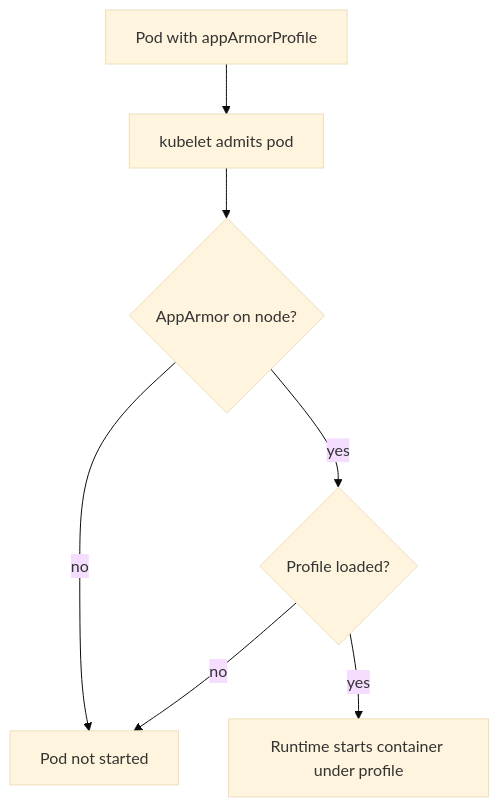
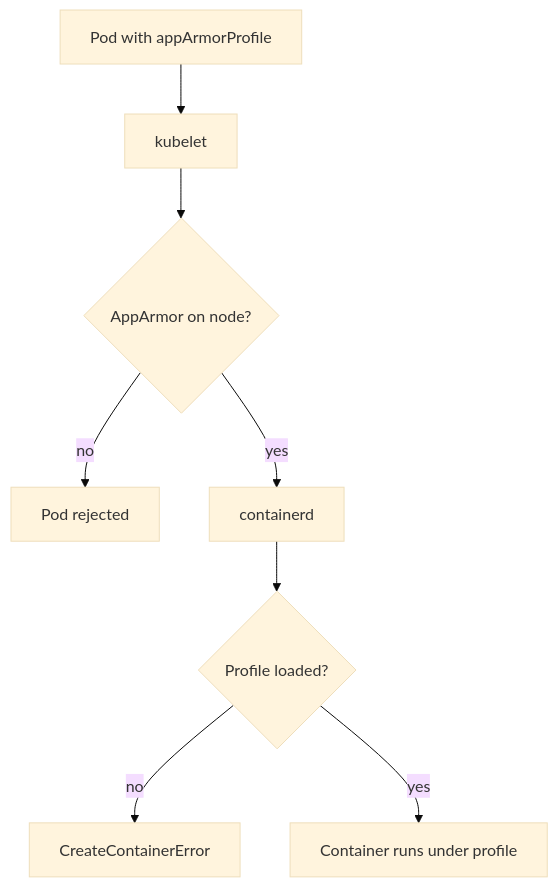
The diagram in sections/section-040/module-03/course-02-select-a-profile-with-apparmorprofile.md (astrona-io/ATS033), drawn with Mermaid (base theme) before and after one commit. The commit also changed other lines of this file and 1000 other files, not shown here.

````diff
--- a/sections/section-040/module-03/course-02-select-a-profile-with-apparmorprofile.md
+++ b/sections/section-040/module-03/course-02-select-a-profile-with-apparmorprofile.md
@@ -33,9 +33,10 @@
 ```mermaid
 flowchart TB
-    A["Pod with appArmorProfile"] --> B["kubelet admits pod"]
+    A["Pod with appArmorProfile"] --> B["kubelet"]
     B --> C{"AppArmor on node?"}
-    C -->|"no"| D["Pod not started"]
-    C -->|"yes"| E{"Profile loaded?"}
-    E -->|"no"| D
-    E -->|"yes"| F["Runtime starts container under profile"]
+    C -->|"no"| D["Pod rejected"]
+    C -->|"yes"| E["containerd"]
+    E --> F{"Profile loaded?"}
+    F -->|"no"| G["CreateContainerError"]
+    F -->|"yes"| H["Container runs under profile"]
 ```
````
